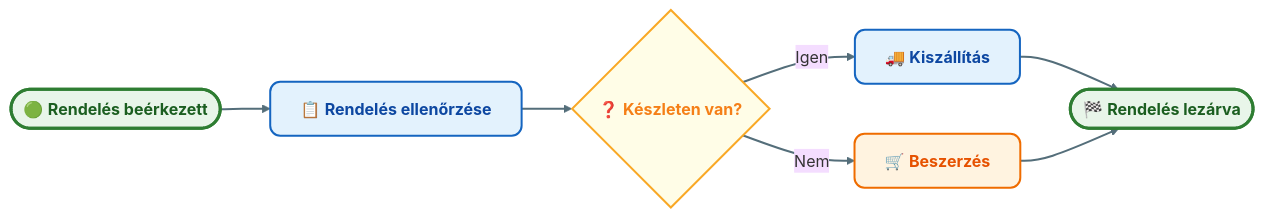
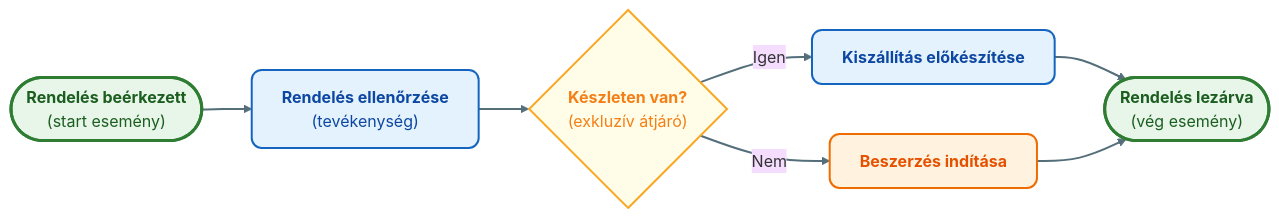
The first of 3 diagrams in Tételek/V02-GMXSF2MBLF-Üzleti folyamatok modellezése BPMN 2.0.tétel.md (denespocsik/MM_BSC_Zarovizsga), drawn with Mermaid (base theme) before and after one commit. The commit also changed other lines of this file, not shown here.

````diff
--- a/Tételek/V02-GMXSF2MBLF-Üzleti folyamatok modellezése BPMN 2.0.tétel.md
+++ b/Tételek/V02-GMXSF2MBLF-Üzleti folyamatok modellezése BPMN 2.0.tétel.md
@@ -45,16 +36,16 @@
 ```mermaid
 flowchart LR
-    S(["🟢 <b>Rendelés beérkezett</b>"]):::zoldH --> E["📋 <b>Rendelés ellenőrzése</b>"]:::kek
-    E --> G{"❓ <b>Készleten van?</b>"}:::sarga
-    G -- Igen --> K["🚚 <b>Kiszállítás</b>"]:::kek
-    G -- Nem --> B["🛒 <b>Beszerzés</b>"]:::narancs
-    K --> End(["🏁 <b>Rendelés lezárva</b>"]):::zoldH
+    S(["<b>Rendelés beérkezett</b><br/>(start esemény)"]):::zoldH --> E["<b>Rendelés ellenőrzése</b><br/>(tevékenység)"]:::kek
+    E --> G{"<b>Készleten van?</b><br/>(exkluzív átjáró)"}:::sarga
+    G -- Igen --> K["<b>Kiszállítás előkészítése</b>"]:::kek
+    G -- Nem --> B["<b>Beszerzés indítása</b>"]:::narancs
+    K --> End(["<b>Rendelés lezárva</b><br/>(vég esemény)"]):::zoldH
     B --> End
 
     classDef kek     fill:#e3f2fd,stroke:#1565c0,stroke-width:2px,color:#0d47a1,rx:10,ry:10;
     classDef zoldH   fill:#e8f5e9,stroke:#2e7d32,stroke-width:3px,color:#1b5e20,rx:10,ry:10;
     classDef narancs fill:#fff3e0,stroke:#ef6c00,stroke-width:2px,color:#e65100,rx:10,ry:10;
     classDef sarga   fill:#fffde7,stroke:#f9a825,stroke-width:2px,color:#f57f17,rx:10,ry:10;
 
     linkStyle default stroke:#546e7a,stroke-width:2px;
 ```
````
